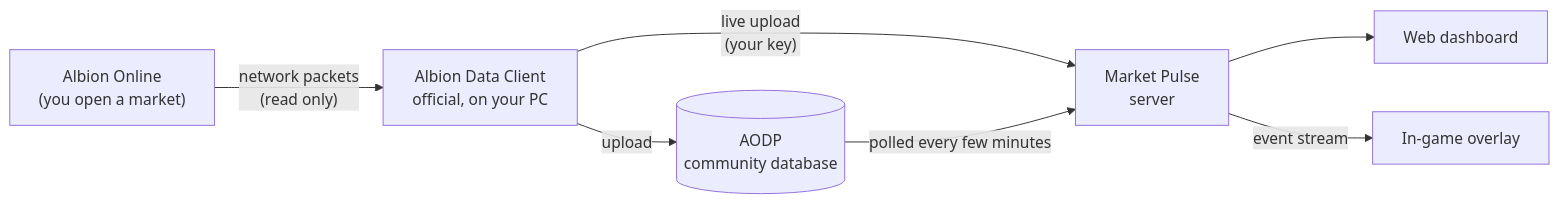
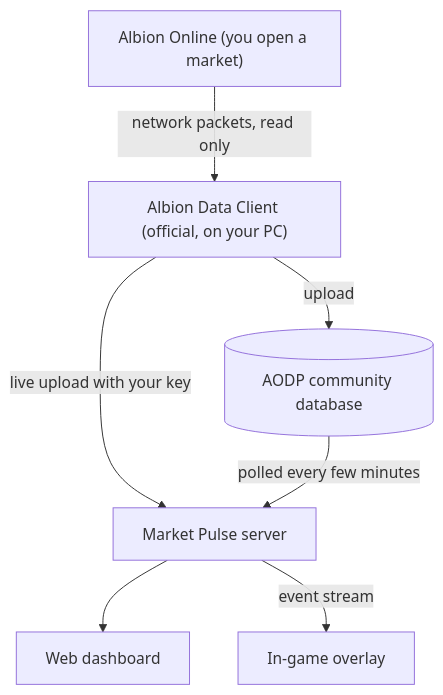
The diagram in README.md (MinosCodes/albion-market-pulse), drawn with Mermaid before and after one commit.

Commit message:
README: vertical data-flow diagram, readable at any width

````diff
--- a/README.md
+++ b/README.md
@@ -82,9 +82,9 @@
 ```mermaid
-flowchart LR
-    G["Albion Online<br/>(you open a market)"] -- "network packets<br/>(read only)" --> DC["Albion Data Client<br/>official, on your PC"]
-    DC -- upload --> AODP[("AODP<br/>community database")]
-    DC -- "live upload<br/>(your key)" --> S["Market Pulse<br/>server"]
+flowchart TB
+    G["Albion Online (you open a market)"] -- "network packets, read only" --> DC["Albion Data Client (official, on your PC)"]
+    DC -- upload --> AODP[("AODP community database")]
+    DC -- "live upload with your key" --> S["Market Pulse server"]
     AODP -- "polled every few minutes" --> S
     S --> D["Web dashboard"]
     S -- "event stream" --> O["In-game overlay"]
 ```
````
